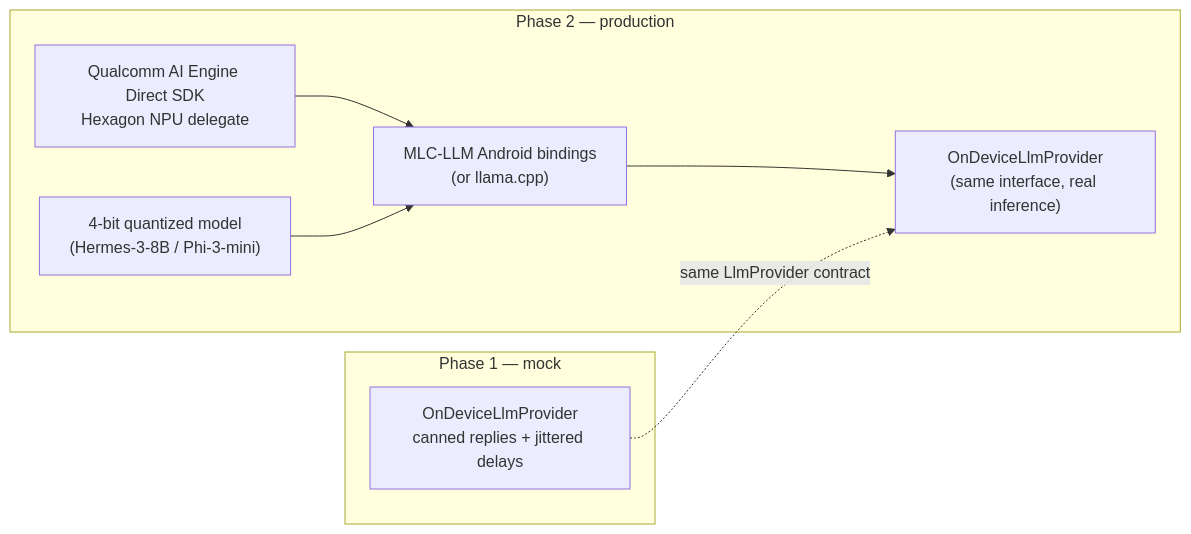
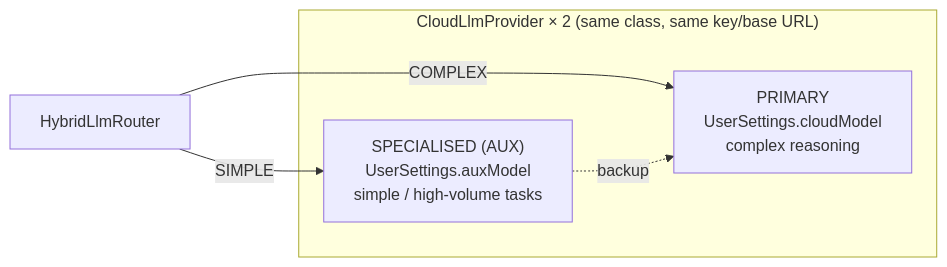
One commit to l3ad3r1/Hermes-Agent-Android changed the seventh of 7 diagrams in docs/ARCHITECTURE.md. Above: the diagram before and after it, drawn with Mermaid. The commit also changed other lines of this file and 3 other files, not shown here.

First line of the commit message:
refactor: remove dead on-device routing leftovers + refresh architecture doc

````diff
--- a/docs/ARCHITECTURE.md
+++ b/docs/ARCHITECTURE.md
@@ -315,19 +326,11 @@
 ```mermaid
 flowchart LR
-    subgraph Phase1["Phase 1 — mock"]
-        MockOnDevice["OnDeviceLlmProvider\ncanned replies + jittered delays"]
+    Router["HybridLlmRouter"]
+    subgraph Models["CloudLlmProvider × 2 (same class, same key/base URL)"]
+        Primary["PRIMARY\nUserSettings.cloudModel\ncomplex reasoning"]
+        Specialised["SPECIALISED (AUX)\nUserSettings.auxModel\nsimple / high-volume tasks"]
     end
-
-    subgraph Phase2["Phase 2 — production"]
-        MlcLlm["MLC-LLM Android bindings\n(or llama.cpp)"]
-        Npu["Qualcomm AI Engine Direct SDK\nHexagon NPU delegate"]
-        Weights["4-bit quantized model\n(Hermes-3-8B / Phi-3-mini)"]
-        RealOnDevice["OnDeviceLlmProvider\n(same interface, real inference)"]
-
-        MlcLlm --> RealOnDevice
-        Npu --> MlcLlm
-        Weights --> MlcLlm
-    end
-
-    MockOnDevice -. same LlmProvider contract .-> RealOnDevice
+    Router -->|COMPLEX| Primary
+    Router -->|SIMPLE| Specialised
+    Specialised -. backup .-> Primary
 ```
````
